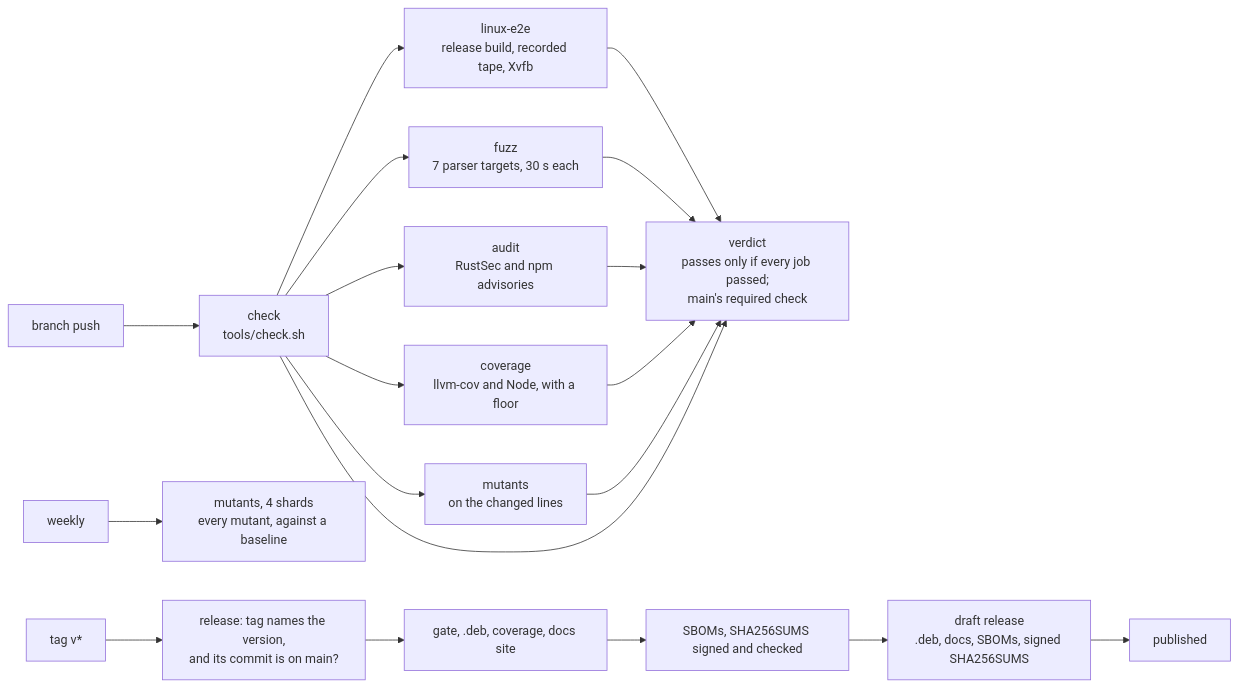
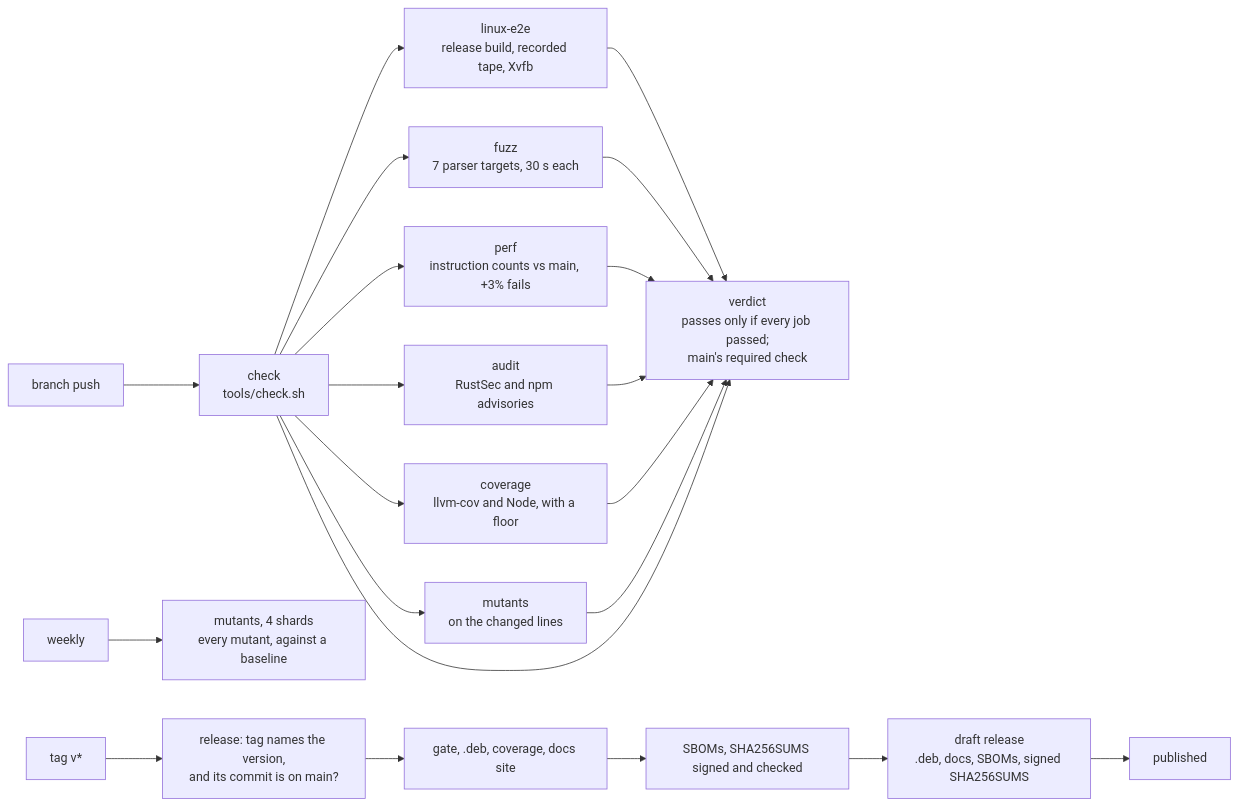
The diagram in book/src/testing.md (jake-king/maps-tauri), drawn with Mermaid before and after one commit. The commit also changed other lines of this file and 9 other files, not shown here.

First line of the commit message:
ci: a performance gate on instruction counts

````diff
--- a/book/src/testing.md
+++ b/book/src/testing.md
@@ -147,21 +173,23 @@
 ```mermaid
 flowchart LR
   push["branch push"] --> check["check<br/>tools/check.sh"]
   check --> e2e["linux-e2e<br/>release build, recorded tape, Xvfb"]
   check --> cov["coverage<br/>llvm-cov and Node, with a floor"]
   e2e --> verdict["verdict<br/>passes only if every job passed;<br/>main's required check"]
   check --> mut["mutants<br/>on the changed lines"]
   check --> audit["audit<br/>RustSec and npm advisories"]
   check --> fuzz["fuzz<br/>7 parser targets, 30 s each"]
+  check --> perf["perf<br/>instruction counts vs main, +3% fails"]
   fuzz --> verdict
+  perf --> verdict
   audit --> verdict
   cov --> verdict
   mut --> verdict
   check --> verdict
   week["weekly"] --> mfull["mutants, 4 shards<br/>every mutant, against a baseline"]
   tag["tag v*"] --> vcheck["release: tag names the version,<br/>and its commit is on main?"]
   vcheck --> rgate["gate, .deb, coverage, docs site"]
   rgate --> sign["SBOMs, SHA256SUMS signed and checked"]
   sign --> draft["draft release<br/>.deb, docs, SBOMs, signed SHA256SUMS"]
   draft --> pub["published"]
 ```
````
